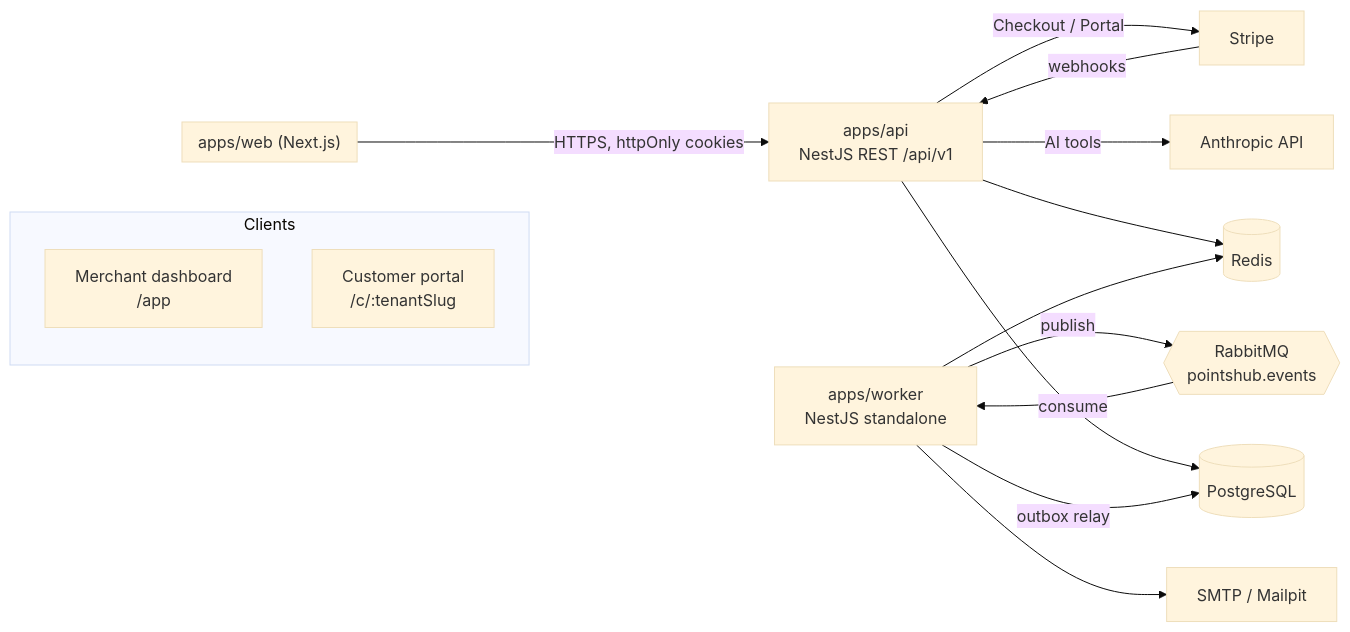
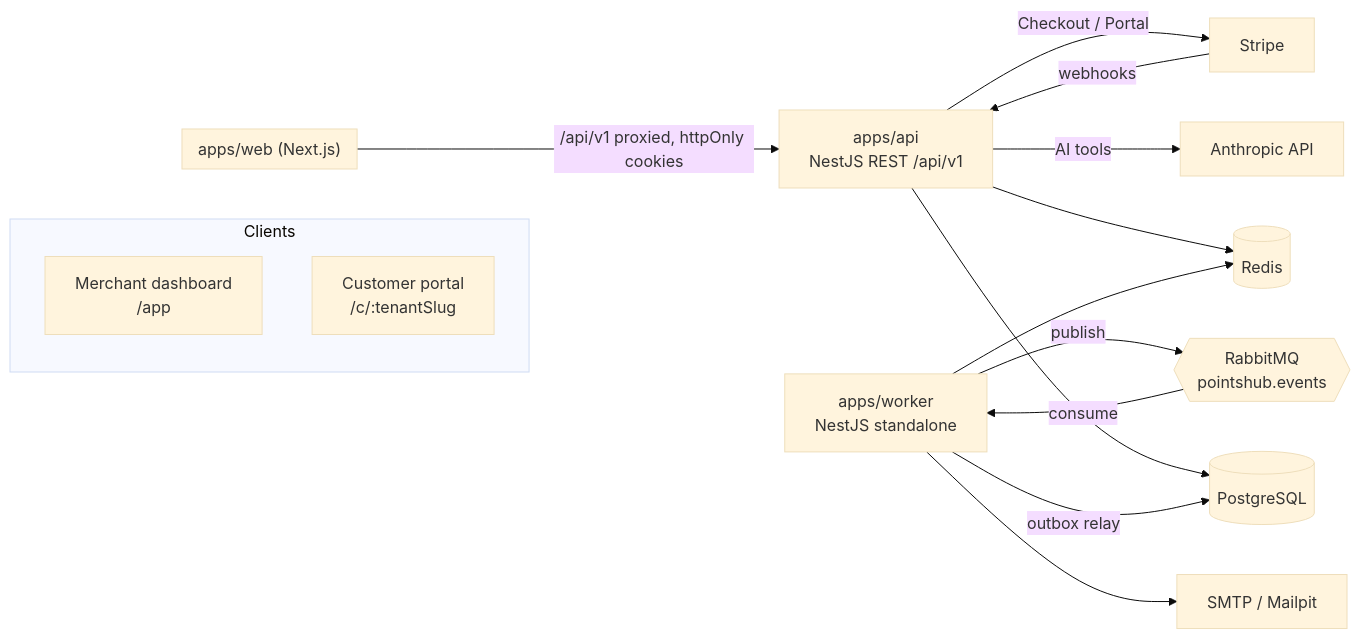
Before and after one commit to lavitsamson/pointshub-loyalty-saas: the first of 2 diagrams in docs/ARCHITECTURE.md, drawn with Mermaid (base theme). The commit also changed other lines of this file and 3 other files, not shown here.

First line of the commit message:
docs: add ADR 0004 on web app API access and update progress

````diff
--- a/docs/ARCHITECTURE.md
+++ b/docs/ARCHITECTURE.md
@@ -5,33 +5,33 @@
 ```mermaid
 flowchart LR
   subgraph Clients
     M[Merchant dashboard<br/>/app]
     C[Customer portal<br/>/c/:tenantSlug]
   end
 
   subgraph Web["apps/web (Next.js)"]
     M
     C
   end
 
   API["apps/api<br/>NestJS REST /api/v1"]
   W["apps/worker<br/>NestJS standalone"]
   PG[(PostgreSQL)]
   R[(Redis)]
   MQ{{RabbitMQ<br/>pointshub.events}}
   MAIL[SMTP / Mailpit]
   STRIPE[Stripe]
   LLM[Anthropic API]
 
-  Web -->|HTTPS, httpOnly cookies| API
+  Web -->|/api/v1 proxied, httpOnly cookies| API
   API --> PG
   API --> R
   API -->|AI tools| LLM
   STRIPE -->|webhooks| API
   API -->|Checkout / Portal| STRIPE
   W -->|outbox relay| PG
   W -->|publish| MQ
   MQ -->|consume| W
   W --> MAIL
   W --> R
 ```
````
